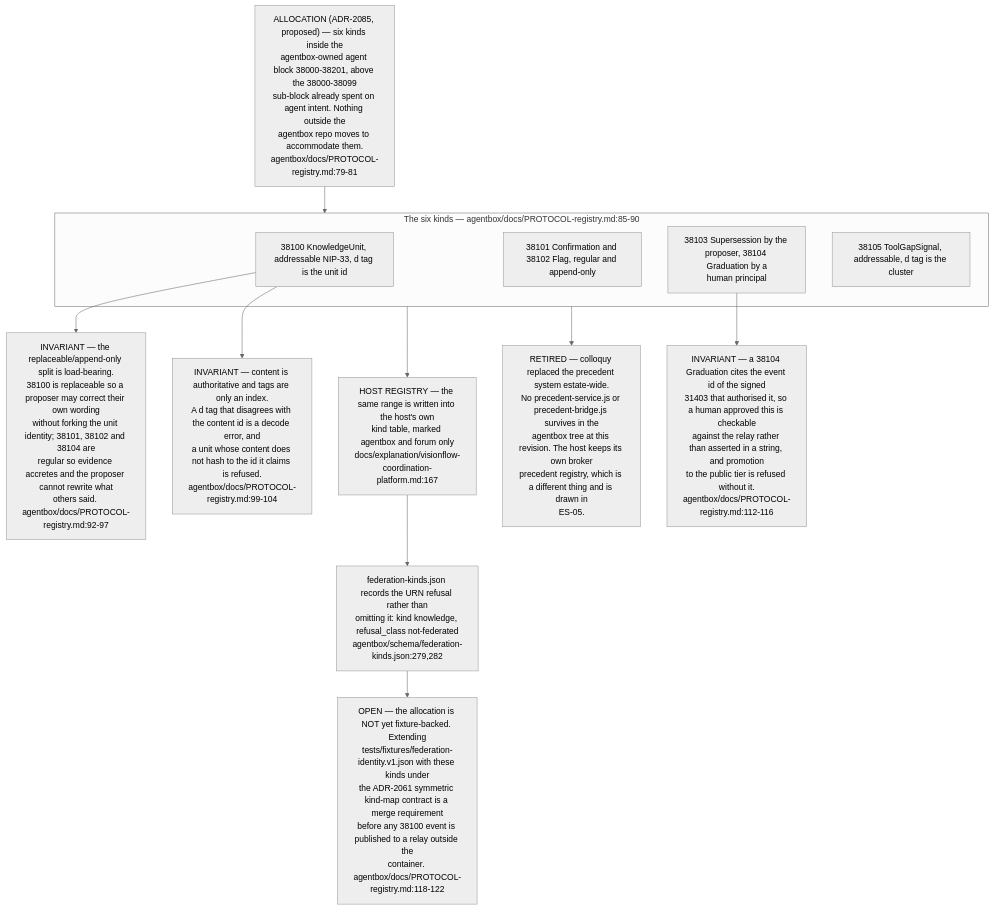
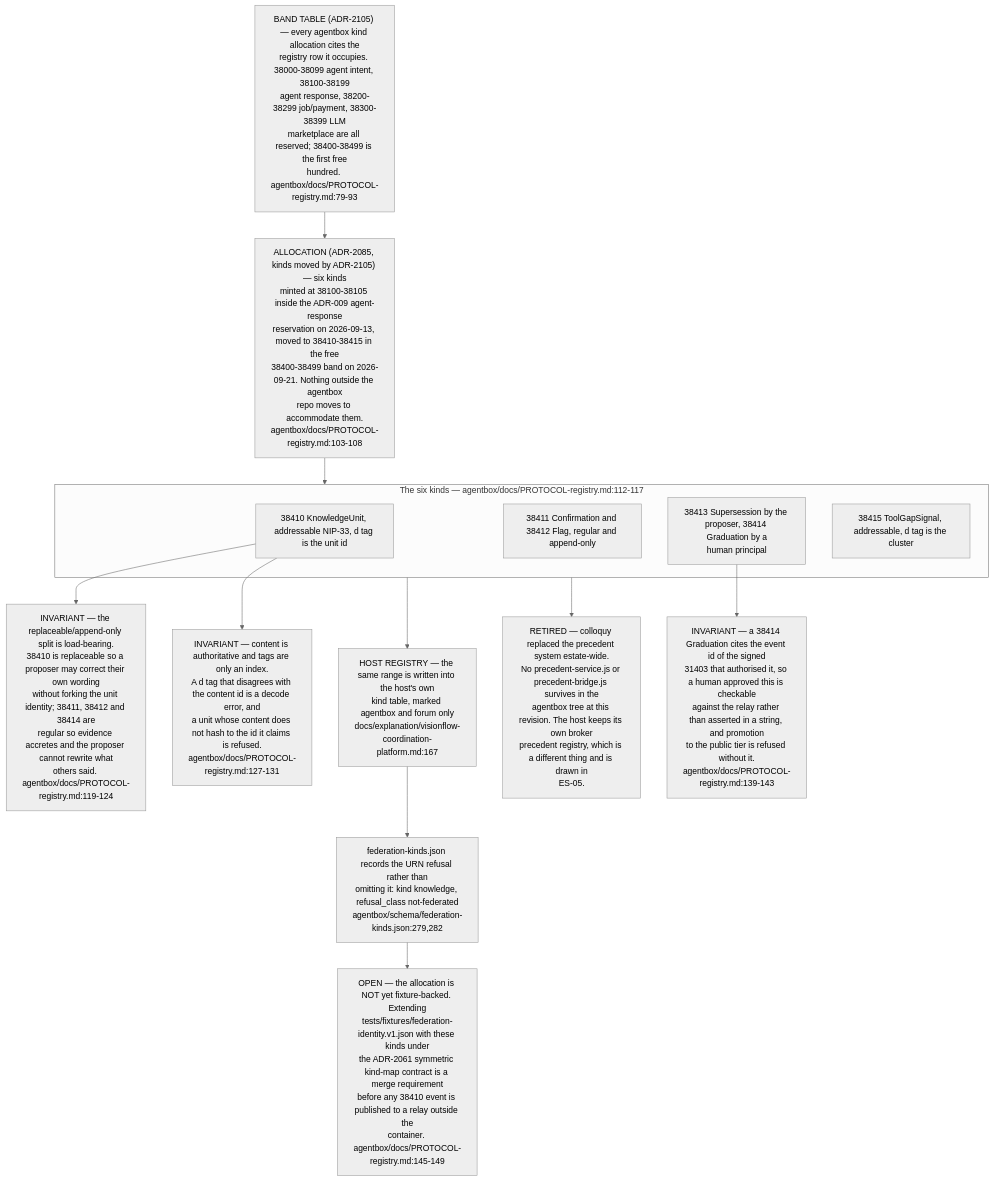
Diagram 12 of 12 in docs/diagrams/estate/02-agent-events-agentbox-to-visionclaw.md (DreamLab-AI/VisionFlow), drawn with Mermaid (neutral theme) before and after one commit. The commit also changed other lines of this file and 136 other files, not shown here.

First line of the commit message:
docs(diagrams): refresh the whole corpus to code HEAD and prune low-value diagrams

````diff
--- a/docs/diagrams/estate/02-agent-events-agentbox-to-visionclaw.md
+++ b/docs/diagrams/estate/02-agent-events-agentbox-to-visionclaw.md
@@ -493,30 +493,33 @@
 ```mermaid
 flowchart TB
-    ALLOC["ALLOCATION (ADR-2085, proposed) — six kinds inside the<br/>agentbox-owned agent block 38000-38201, above the 38000-38099<br/>sub-block already spent on agent intent. Nothing outside the<br/>agentbox repo moves to accommodate them.<br/>agentbox/docs/PROTOCOL-registry.md:79-81"]
+    BAND["BAND TABLE (ADR-2105) — every agentbox kind allocation cites the<br/>registry row it occupies. 38000-38099 agent intent, 38100-38199<br/>agent response, 38200-38299 job/payment, 38300-38399 LLM<br/>marketplace are all reserved; 38400-38499 is the first free<br/>hundred. agentbox/docs/PROTOCOL-registry.md:79-93"]
 
-    subgraph KINDS["The six kinds — agentbox/docs/PROTOCOL-registry.md:85-90"]
-        K0["38100 KnowledgeUnit, addressable NIP-33, d tag is the unit id"]
-        K1["38101 Confirmation and 38102 Flag, regular and append-only"]
-        K3["38103 Supersession by the proposer, 38104 Graduation by a<br/>human principal"]
-        K5["38105 ToolGapSignal, addressable, d tag is the cluster"]
+    ALLOC["ALLOCATION (ADR-2085, kinds moved by ADR-2105) — six kinds<br/>minted at 38100-38105 inside the ADR-009 agent-response<br/>reservation on 2026-09-13, moved to 38410-38415 in the free<br/>38400-38499 band on 2026-09-21. Nothing outside the agentbox<br/>repo moves to accommodate them.<br/>agentbox/docs/PROTOCOL-registry.md:103-108"]
+    BAND --> ALLOC
+
+    subgraph KINDS["The six kinds — agentbox/docs/PROTOCOL-registry.md:112-117"]
+        K0["38410 KnowledgeUnit, addressable NIP-33, d tag is the unit id"]
+        K1["38411 Confirmation and 38412 Flag, regular and append-only"]
+        K3["38413 Supersession by the proposer, 38414 Graduation by a<br/>human principal"]
+        K5["38415 ToolGapSignal, addressable, d tag is the cluster"]
     end
     ALLOC --> KINDS
 
     HOST["HOST REGISTRY — the same range is written into the host's own<br/>kind table, marked agentbox and forum only<br/>docs/explanation/visionflow-coordination-platform.md:167"]
     SCHEMA["federation-kinds.json records the URN refusal rather than<br/>omitting it: kind knowledge, refusal_class not-federated<br/>agentbox/schema/federation-kinds.json:279,282"]
     KINDS --> HOST
     HOST --> SCHEMA
 
-    INV1["INVARIANT — the replaceable/append-only split is load-bearing.<br/>38100 is replaceable so a proposer may correct their own wording<br/>without forking the unit identity; 38101, 38102 and 38104 are<br/>regular so evidence accretes and the proposer cannot rewrite what<br/>others said. agentbox/docs/PROTOCOL-registry.md:92-97"]
-    INV2["INVARIANT — content is authoritative and tags are only an index.<br/>A d tag that disagrees with the content id is a decode error, and<br/>a unit whose content does not hash to the id it claims is refused.<br/>agentbox/docs/PROTOCOL-registry.md:99-104"]
-    INV3["INVARIANT — a 38104 Graduation cites the event id of the signed<br/>31403 that authorised it, so a human approved this is checkable<br/>against the relay rather than asserted in a string, and promotion<br/>to the public tier is refused without it.<br/>agentbox/docs/PROTOCOL-registry.md:112-116"]
+    INV1["INVARIANT — the replaceable/append-only split is load-bearing.<br/>38410 is replaceable so a proposer may correct their own wording<br/>without forking the unit identity; 38411, 38412 and 38414 are<br/>regular so evidence accretes and the proposer cannot rewrite what<br/>others said. agentbox/docs/PROTOCOL-registry.md:119-124"]
+    INV2["INVARIANT — content is authoritative and tags are only an index.<br/>A d tag that disagrees with the content id is a decode error, and<br/>a unit whose content does not hash to the id it claims is refused.<br/>agentbox/docs/PROTOCOL-registry.md:127-131"]
+    INV3["INVARIANT — a 38414 Graduation cites the event id of the signed<br/>31403 that authorised it, so a human approved this is checkable<br/>against the relay rather than asserted in a string, and promotion<br/>to the public tier is refused without it.<br/>agentbox/docs/PROTOCOL-registry.md:139-143"]
     K0 --> INV1
     K0 --> INV2
     K3 --> INV3
 
-    OPEN["OPEN — the allocation is NOT yet fixture-backed. Extending<br/>tests/fixtures/federation-identity.v1.json with these kinds under<br/>the ADR-2061 symmetric kind-map contract is a merge requirement<br/>before any 38100 event is published to a relay outside the<br/>container. agentbox/docs/PROTOCOL-registry.md:118-122"]
+    OPEN["OPEN — the allocation is NOT yet fixture-backed. Extending<br/>tests/fixtures/federation-identity.v1.json with these kinds under<br/>the ADR-2061 symmetric kind-map contract is a merge requirement<br/>before any 38410 event is published to a relay outside the<br/>container. agentbox/docs/PROTOCOL-registry.md:145-149"]
     SCHEMA --> OPEN
 
     RETIRE["RETIRED — colloquy replaced the precedent system estate-wide.<br/>No precedent-service.js or precedent-bridge.js survives in the<br/>agentbox tree at this revision. The host keeps its own broker<br/>precedent registry, which is a different thing and is drawn in<br/>ES-05."]
     KINDS --> RETIRE
 ```
````
